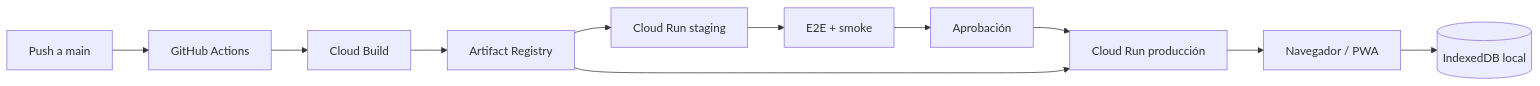
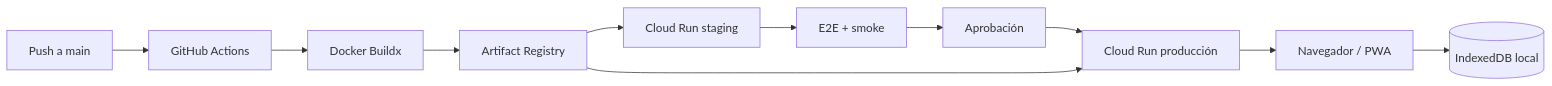
The diagram in docs/GCP_CLOUD_RUN.md (chrisloarryn/calculadora-electrica-pro), drawn with Mermaid before and after one commit. The commit also changed other lines of this file and 57 other files, not shown here.

````diff
--- a/docs/GCP_CLOUD_RUN.md
+++ b/docs/GCP_CLOUD_RUN.md
@@ -11,13 +11,13 @@
 ```mermaid
 flowchart LR
     DEV[Push a main] --> GHA[GitHub Actions]
-    GHA --> CB[Cloud Build]
-    CB --> AR[Artifact Registry]
+    GHA --> DB[Docker Buildx]
+    DB --> AR[Artifact Registry]
     AR --> STG[Cloud Run staging]
     STG --> TEST[E2E + smoke]
     TEST --> APPROVAL[Aprobación]
     APPROVAL --> PROD[Cloud Run producción]
     AR --> PROD
     PROD --> PWA[Navegador / PWA]
     PWA --> IDB[(IndexedDB local)]
 ```
````
